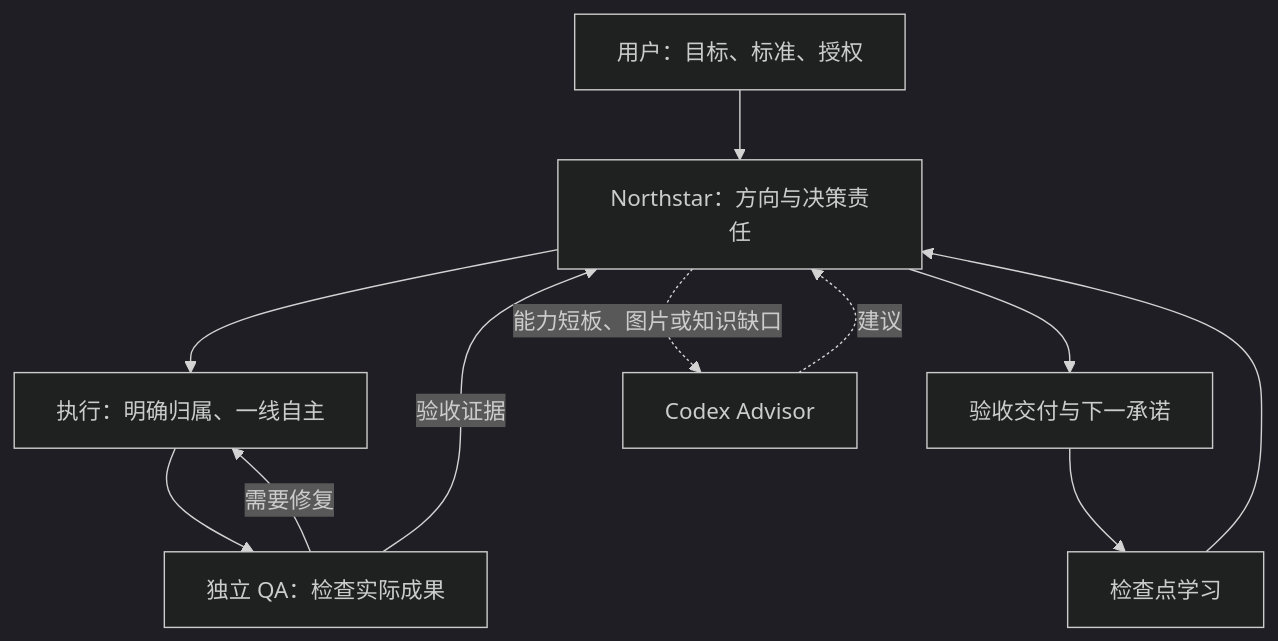
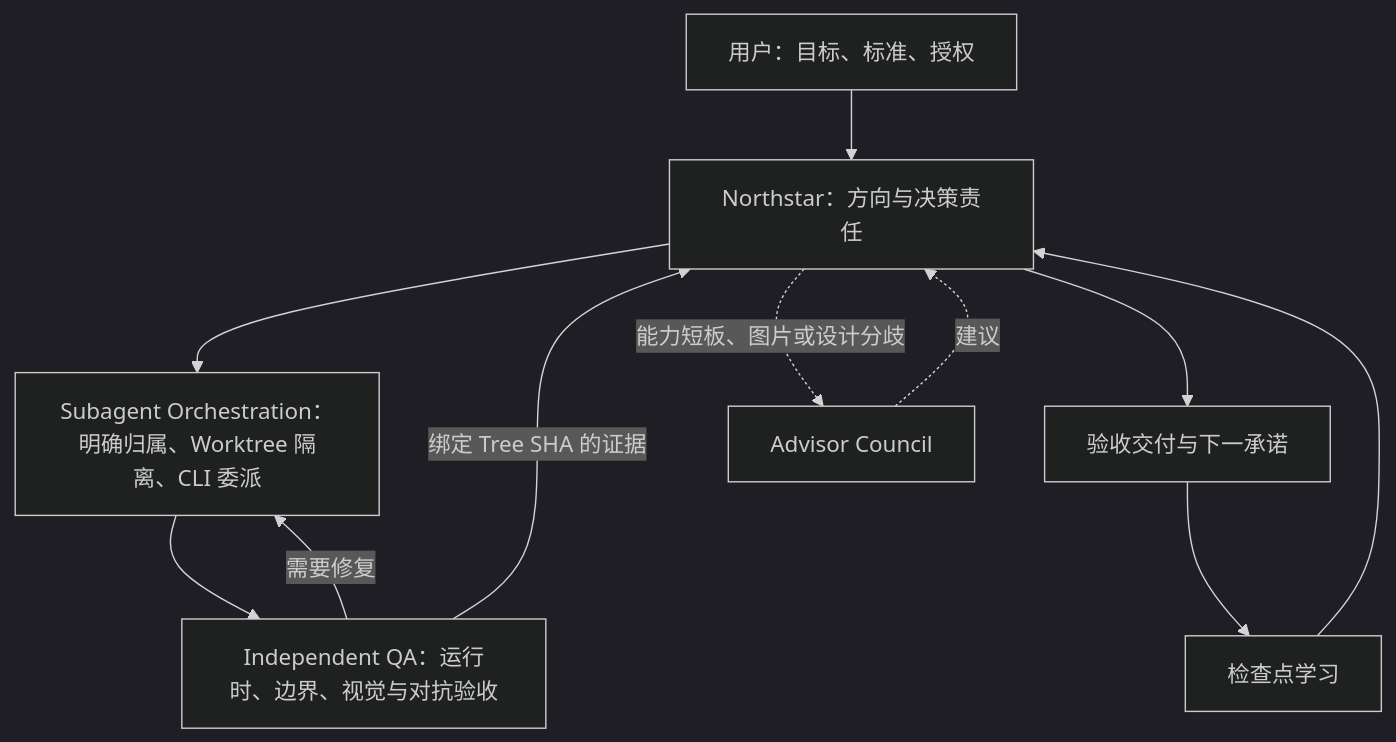
Before and after one commit to stancsz/northstar: the diagram in docs/misc/README.zh-CN.md, drawn with Mermaid (dark theme). The commit also changed other lines of this file and 94 other files, not shown here.

````diff
--- a/docs/misc/README.zh-CN.md
+++ b/docs/misc/README.zh-CN.md
@@ -108,13 +109,13 @@
 ```mermaid
 flowchart TD
     O[用户：目标、标准、授权] --> N[Northstar：方向与决策责任]
-    N --> B[执行：明确归属、一线自主]
-    B --> Q[独立 QA：检查实际成果]
+    N --> B[Subagent Orchestration：明确归属、Worktree 隔离、CLI 委派]
+    B --> Q[Independent QA：运行时、边界、视觉与对抗验收]
     Q -->|需要修复| B
-    Q -->|验收证据| N
+    Q -->|绑定 Tree SHA 的证据| N
     N --> D[验收交付与下一承诺]
-    N -. 能力短板、图片或知识缺口 .-> A[Codex Advisor]
+    N -. 能力短板、图片或设计分歧 .-> A[Advisor Council]
     A -. 建议 .-> N
     D --> L[检查点学习]
     L --> N
 ```
````
